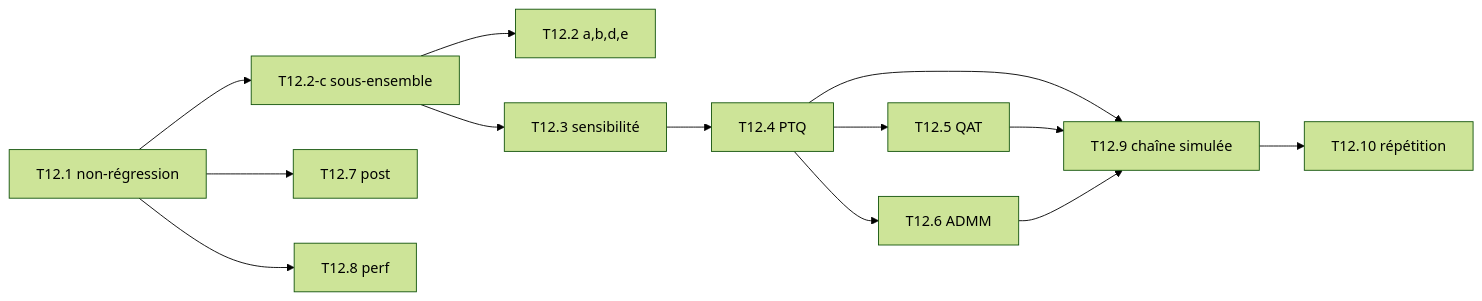
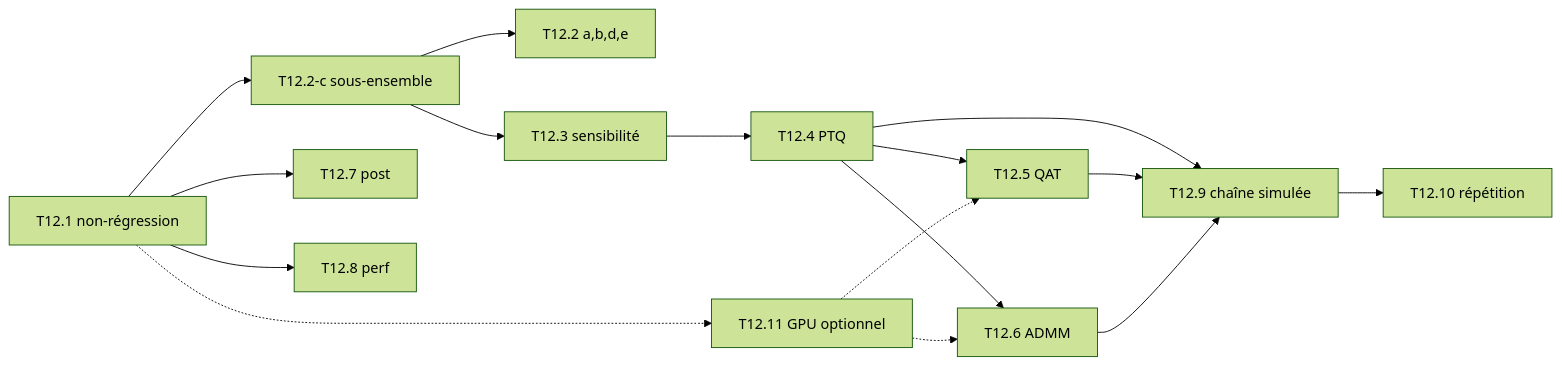
The diagram in docs/tasks/M12-profils-pc.md (lrivals/EmbeddedComputervision), drawn with Mermaid (forest theme) before and after one commit. The commit also changed other lines of this file and 3 other files, not shown here.

````diff
--- a/docs/tasks/M12-profils-pc.md
+++ b/docs/tasks/M12-profils-pc.md
@@ -310,10 +384,11 @@
 ```mermaid
 graph LR
   T1[T12.1 non-régression] --> T2c[T12.2-c sous-ensemble]
   T2c --> T2[T12.2 a,b,d,e] & T3[T12.3 sensibilité]
   T3 --> T4[T12.4 PTQ]
   T4 --> T5[T12.5 QAT] & T6[T12.6 ADMM]
+  T1 -.-> T11[T12.11 GPU optionnel] -.-> T5 & T6
   T1 --> T7[T12.7 post] & T8[T12.8 perf]
   T4 & T5 & T6 --> T9[T12.9 chaîne simulée]
   T9 --> T10[T12.10 répétition]
 ```
````
